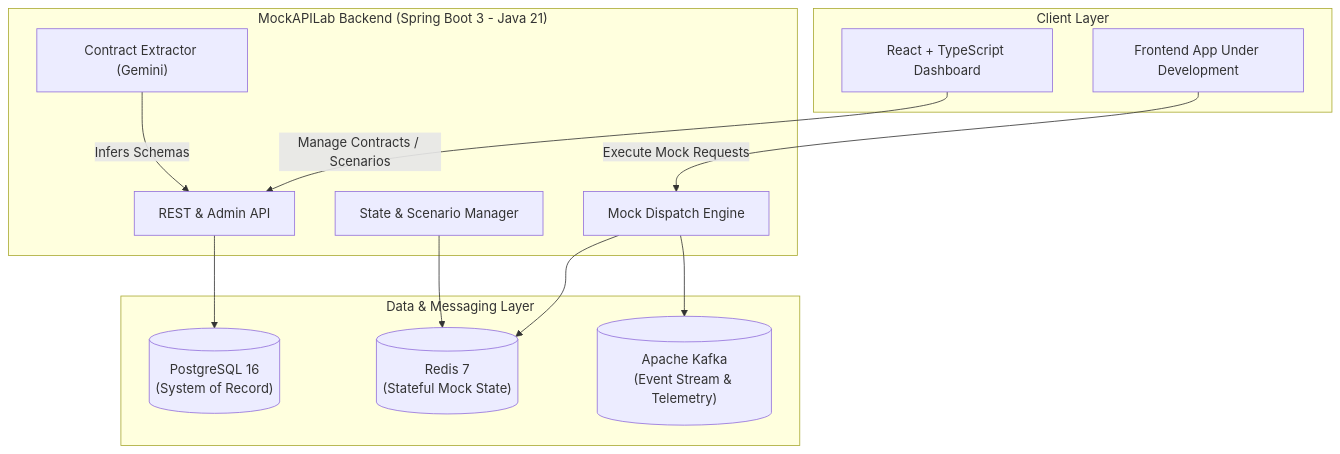
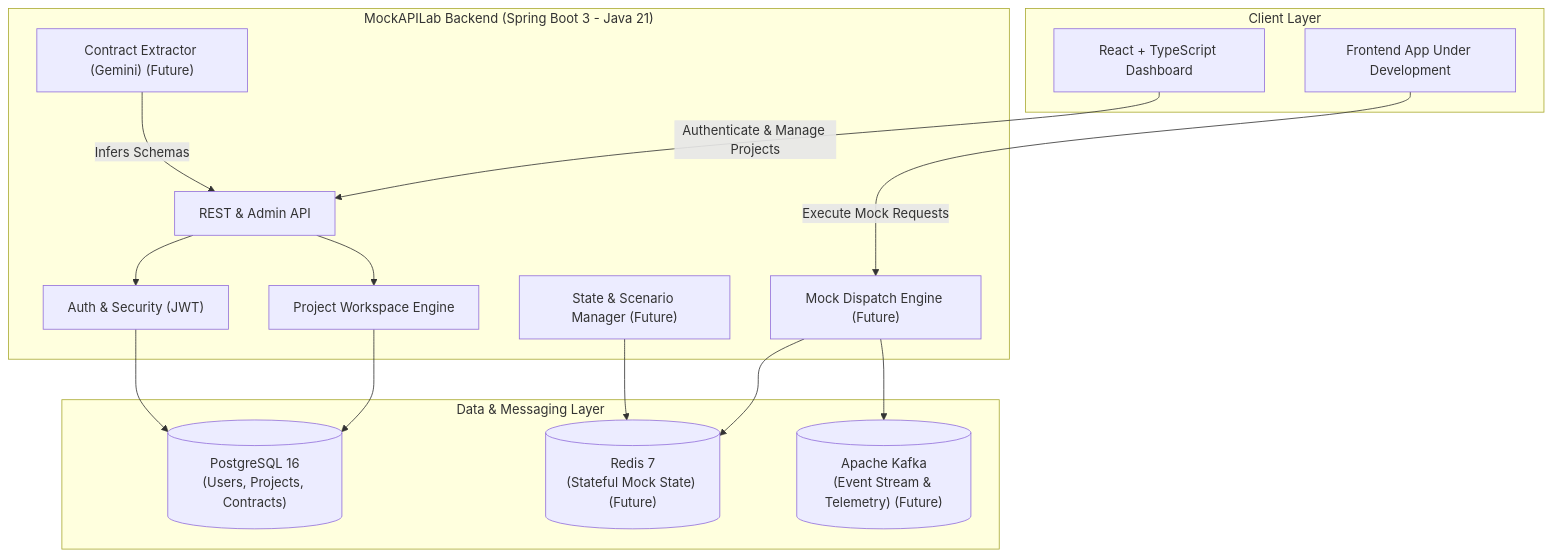
One commit to aadesh-2006/MockAPILab changed the diagram in docs/architecture.md. Above: the diagram before and after it, drawn with Mermaid. The commit also changed other lines of this file and 37 other files, not shown here.

Commit message:
feat(m2): implement authentication, JWT authorization, and project workspace management

````diff
--- a/docs/architecture.md
+++ b/docs/architecture.md
@@ -33,28 +33,33 @@
 ```mermaid
 flowchart TD
     subgraph Client ["Client Layer"]
         UI["React + TypeScript Dashboard"]
         DevApp["Frontend App Under Development"]
     end
 
     subgraph Backend ["MockAPILab Backend (Spring Boot 3 - Java 21)"]
         API["REST & Admin API"]
-        Runtime["Mock Dispatch Engine"]
-        AILayer["Contract Extractor (Gemini)"]
-        ScenarioEngine["State & Scenario Manager"]
+        AuthModule["Auth & Security (JWT)"]
+        ProjectModule["Project Workspace Engine"]
+        Runtime["Mock Dispatch Engine (Future)"]
+        AILayer["Contract Extractor (Gemini) (Future)"]
+        ScenarioEngine["State & Scenario Manager (Future)"]
     end
 
     subgraph Data ["Data & Messaging Layer"]
-        PG[("PostgreSQL 16\n(System of Record)")]
-        Redis[("Redis 7\n(Stateful Mock State)")]
-        Kafka[("Apache Kafka\n(Event Stream & Telemetry)")]
+        PG[("PostgreSQL 16\n(Users, Projects, Contracts)")]
+        Redis[("Redis 7\n(Stateful Mock State) (Future)")]
+        Kafka[("Apache Kafka\n(Event Stream & Telemetry) (Future)")]
     end
 
-    UI -->|Manage Contracts / Scenarios| API
+    UI -->|Authenticate & Manage Projects| API
     DevApp -->|Execute Mock Requests| Runtime
-    API --> PG
+    API --> AuthModule
+    API --> ProjectModule
+    ProjectModule --> PG
+    AuthModule --> PG
     Runtime --> Redis
     Runtime --> Kafka
     AILayer -->|Infers Schemas| API
     ScenarioEngine --> Redis
 ```
````
